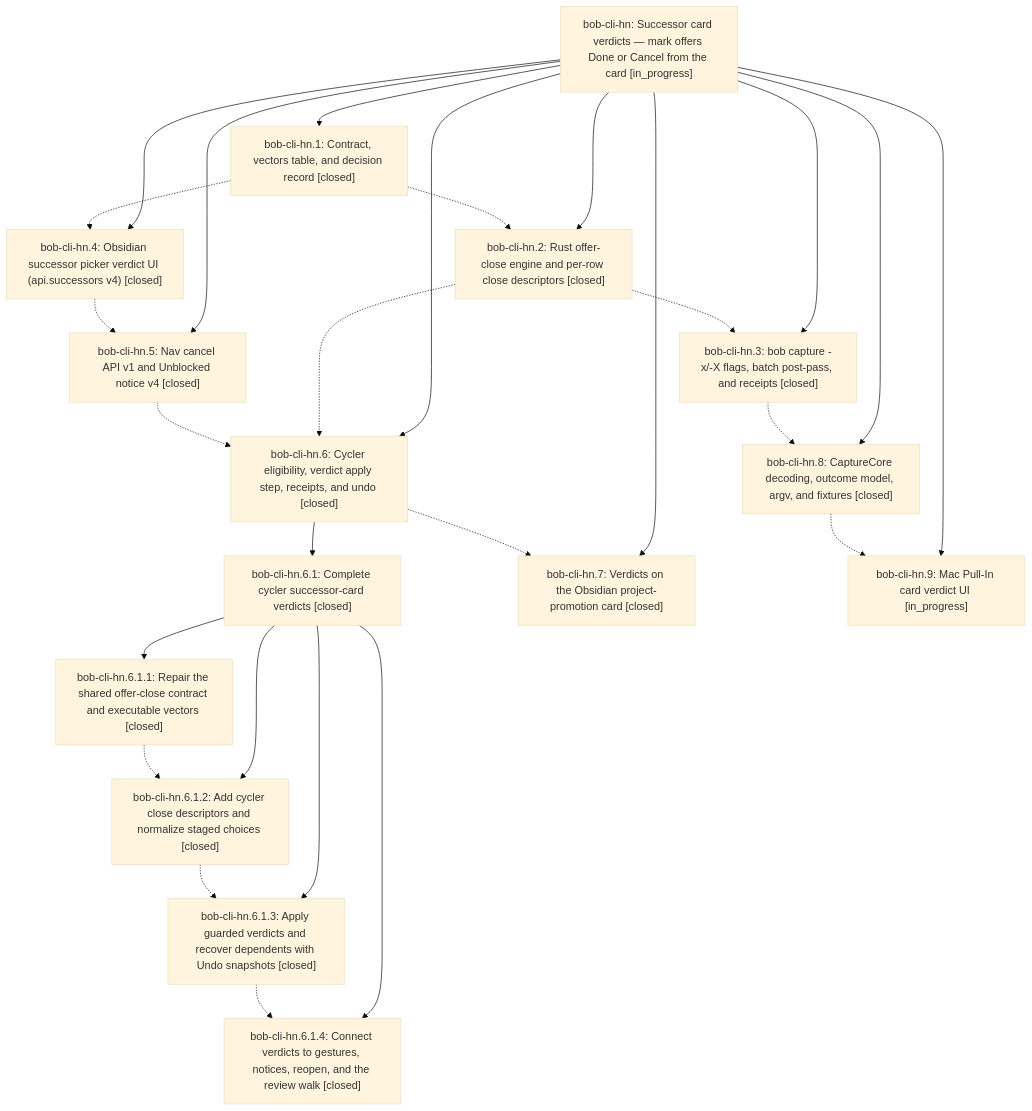
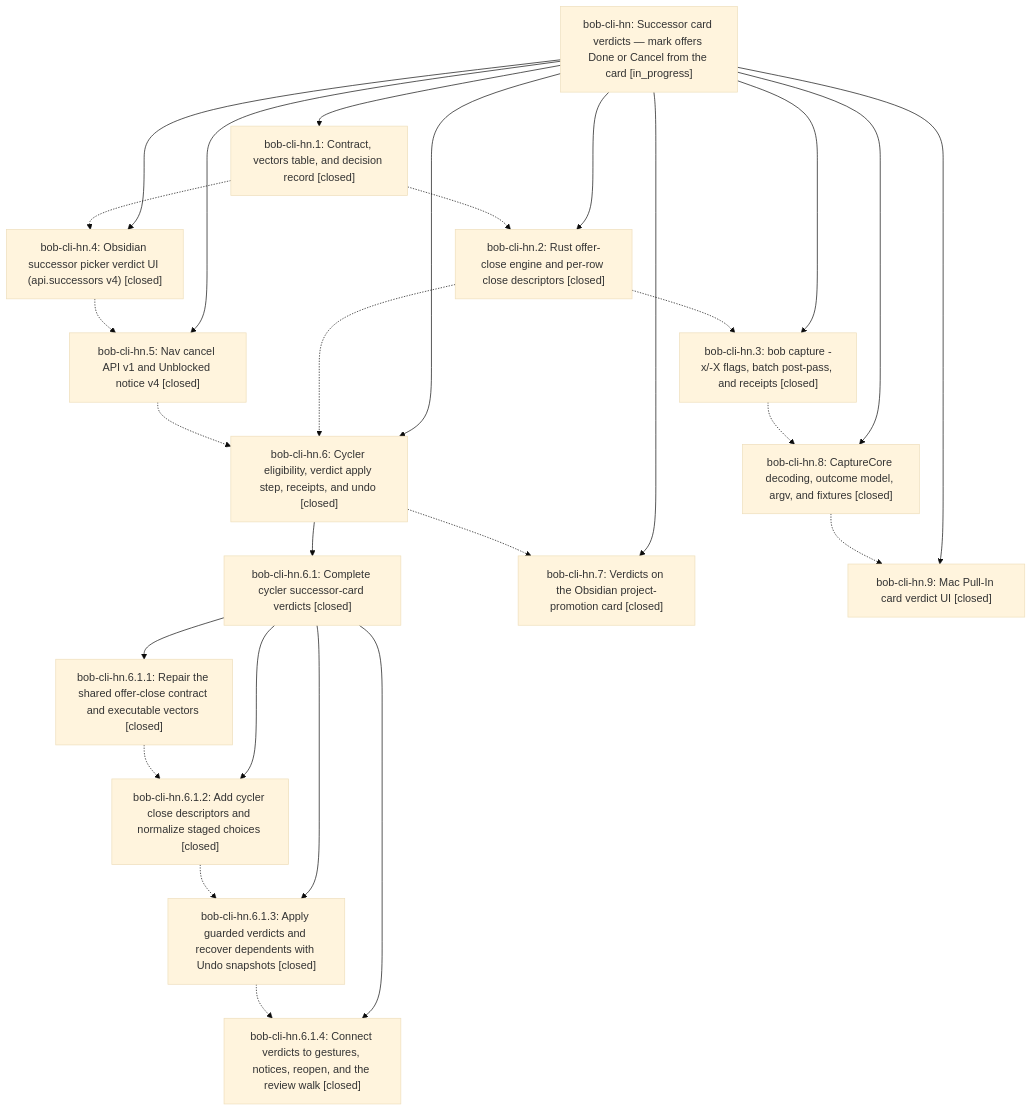
One commit to bobs-org/bob-cli--beads changed the diagram in pages/bob-cli-hn/README.md. Above: the diagram before and after it, drawn with Mermaid (base theme). The commit also changed other lines of this file and 9 other files, not shown here.

First line of the commit message:
chore(beads): sync bead state and pages for bob-cli-hn

````diff
--- a/pages/bob-cli-hn/README.md
+++ b/pages/bob-cli-hn/README.md
@@ -52,44 +52,44 @@
 ```mermaid
 flowchart TD
     n0["bob-cli-hn: Successor card verdicts — mark offers Done or Cancel from the card [in_progress]"]
     n1["bob-cli-hn.1: Contract, vectors table, and decision record [closed]"]
     n2["bob-cli-hn.2: Rust offer-close engine and per-row close descriptors [closed]"]
     n3["bob-cli-hn.3: bob capture -x/-X flags, batch post-pass, and receipts [closed]"]
     n4["bob-cli-hn.4: Obsidian successor picker verdict UI (api.successors v4) [closed]"]
     n5["bob-cli-hn.5: Nav cancel API v1 and Unblocked notice v4 [closed]"]
     n6["bob-cli-hn.6: Cycler eligibility, verdict apply step, receipts, and undo [closed]"]
     n7["bob-cli-hn.6.1: Complete cycler successor-card verdicts [closed]"]
     n8["bob-cli-hn.6.1.1: Repair the shared offer-close contract and executable vectors [closed]"]
     n9["bob-cli-hn.6.1.2: Add cycler close descriptors and normalize staged choices [closed]"]
     n10["bob-cli-hn.6.1.3: Apply guarded verdicts and recover dependents with Undo snapshots [closed]"]
     n11["bob-cli-hn.6.1.4: Connect verdicts to gestures, notices, reopen, and the review walk [closed]"]
     n12["bob-cli-hn.7: Verdicts on the Obsidian project-promotion card [closed]"]
     n13["bob-cli-hn.8: CaptureCore decoding, outcome model, argv, and fixtures [closed]"]
-    n14["bob-cli-hn.9: Mac Pull-In card verdict UI [in_progress]"]
+    n14["bob-cli-hn.9: Mac Pull-In card verdict UI [closed]"]
     n0 --> n1
     n0 --> n2
     n0 --> n3
     n0 --> n4
     n0 --> n5
     n0 --> n6
     n6 --> n7
     n7 --> n8
     n7 --> n9
     n7 --> n10
     n7 --> n11
     n0 --> n12
     n0 --> n13
     n0 --> n14
     n1 -.-> n2
     n1 -.-> n4
     n2 -.-> n3
     n2 -.-> n6
     n3 -.-> n13
     n4 -.-> n5
     n5 -.-> n6
     n6 -.-> n12
     n8 -.-> n9
     n9 -.-> n10
     n10 -.-> n11
     n13 -.-> n14
 ```
````
